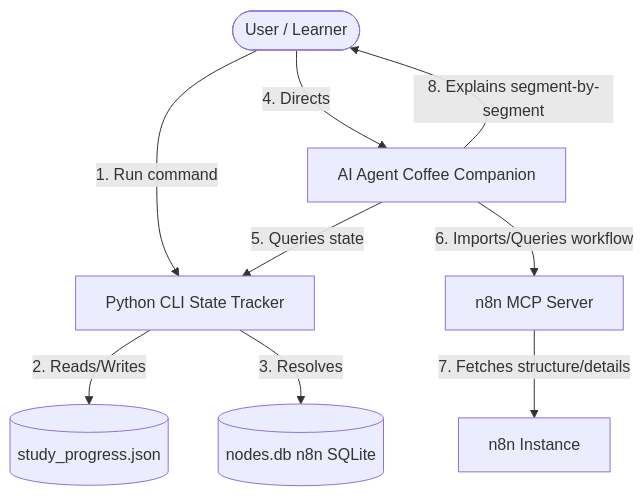
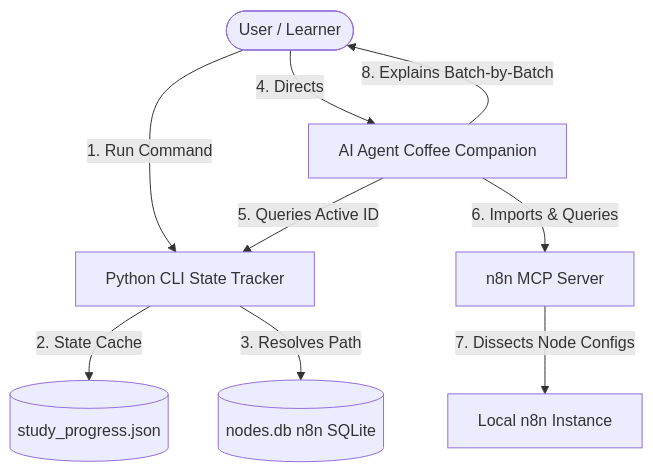
Before and after one commit to aim9sour/n8n-study-companion: the diagram in README.md, drawn with Mermaid. The commit also changed other lines of this file, not shown here.

Commit message:
Docs: Refactor README to high-impact English and update compatible MCP clients list

````diff
--- a/README.md
+++ b/README.md
@@ -11,11 +34,11 @@
 ```mermaid
 graph TD
-    User([User / Learner]) -->|1. Run command| CLI[Python CLI State Tracker]
-    CLI -->|2. Reads/Writes| JSON[(study_progress.json)]
-    CLI -->|3. Resolves| DB[(nodes.db n8n SQLite)]
+    User([User / Learner]) -->|1. Run Command| CLI[Python CLI State Tracker]
+    CLI -->|2. State Cache| JSON[(study_progress.json)]
+    CLI -->|3. Resolves Path| DB[(nodes.db n8n SQLite)]
     User -->|4. Directs| AI[AI Agent Coffee Companion]
-    AI -->|5. Queries state| CLI
-    AI -->|6. Imports/Queries workflow| MCP[n8n MCP Server]
-    MCP -->|7. Fetches structure/details| n8n[n8n Instance]
-    AI -->|8. Explains segment-by-segment| User
+    AI -->|5. Queries Active ID| CLI
+    AI -->|6. Imports & Queries| MCP[n8n MCP Server]
+    MCP -->|7. Dissects Node Configs| n8n[Local n8n Instance]
+    AI -->|8. Explains Batch-by-Batch| User
 ```
````
